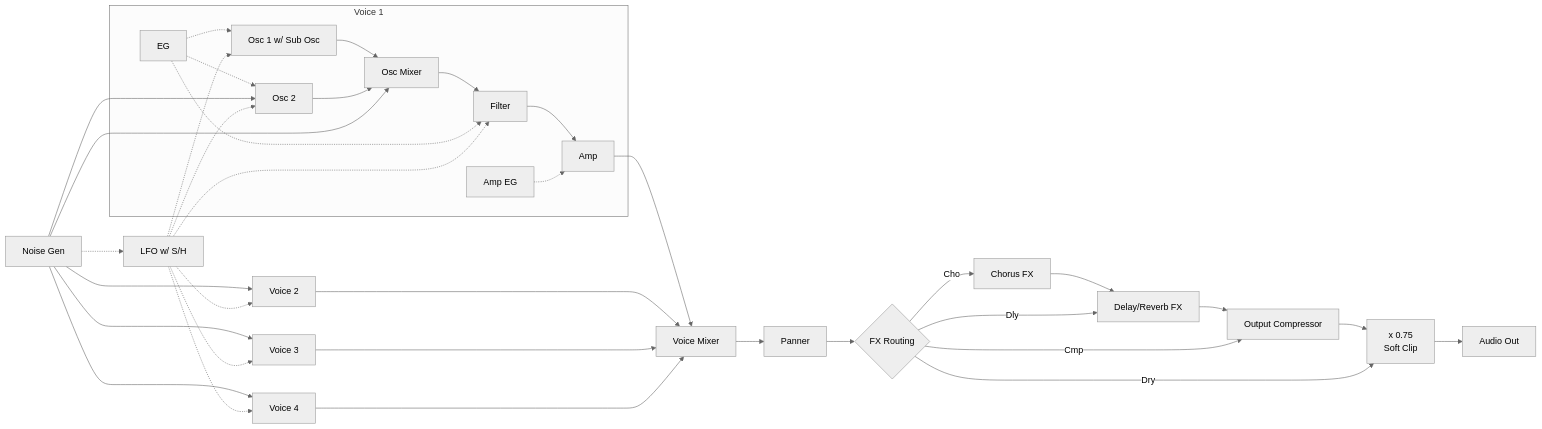
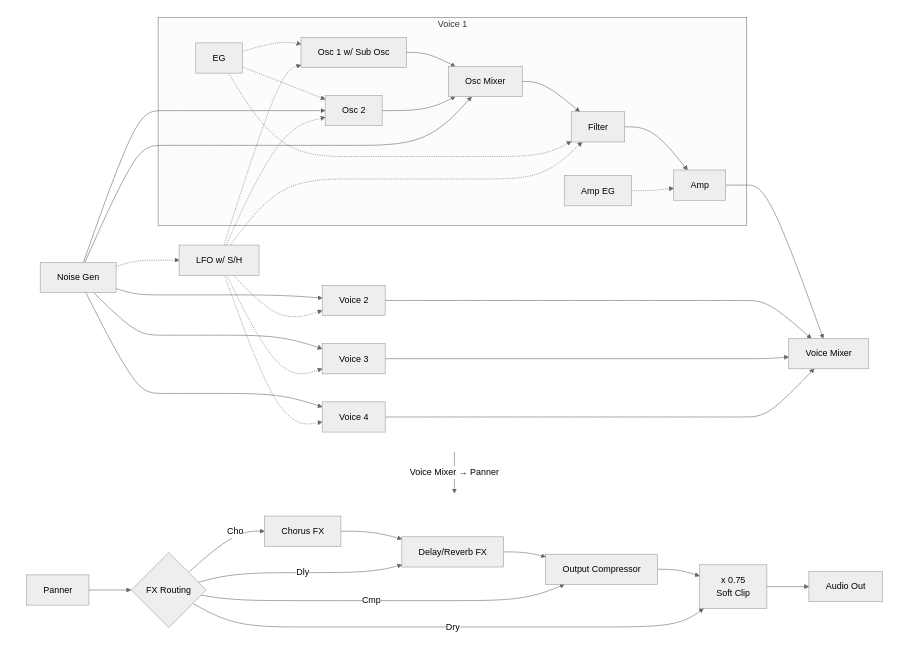
One commit to risgk/digital-synth-pra32-u2 changed the diagram in README.md. Above: the diagram before and after it, drawn with Mermaid (neutral theme).

Commit message:
README: Wrap the Synthesizer Block Diagram into 2 rows

````diff
--- a/README.md
+++ b/README.md
@@ -52,21 +52,30 @@
 ```mermaid
-graph LR
+graph TB
+    subgraph R1[" "]
+    direction LR
     subgraph V1[Voice 1]
         V1O1[Osc 1 w/ Sub Osc] --> V1OM[Osc Mixer]
         V1O2[Osc 2] --> V1OM
         V1OM --> V1F[Filter]
         V1F --> V1A[Amp]
         E[EG] -.-> V1O1 & V1O2 & V1F
         V1AE[Amp EG] -.-> V1A
     end
     V1A --> VM[Voice Mixer]
     V2[Voice 2] & V3[Voice 3] & V4[Voice 4] --> VM
-    VM --> P[Panner] --> FR{FX Routing}
+    N[Noise Gen]  --> V1O2 & V1OM & V2 & V3 & V4
+    N -.-> L[LFO w/ S/H]
+    L -.-> V1O1 & V1O2 & V1F & V2 & V3 & V4
+    end
+    subgraph R2[" "]
+    direction LR
+    P[Panner] --> FR{FX Routing}
     FR -->|Cho| C[Chorus FX] --> D[Delay/Reverb FX] --> OC[Output Compressor] --> OG["x 0.75<br/>Soft Clip"] --> AO[Audio Out]
     FR -->|Dly| D
     FR -->|Cmp| OC
     FR -->|Dry| OG
-    N[Noise Gen]  --> V1O2 & V1OM & V2 & V3 & V4
-    N -.-> L[LFO w/ S/H]
-    L -.-> V1O1 & V1O2 & V1F & V2 & V3 & V4
+    end
+    R1 -->|"Voice Mixer → Panner"| R2
+    style R1 fill:none,stroke:none
+    style R2 fill:none,stroke:none
 ```
````
